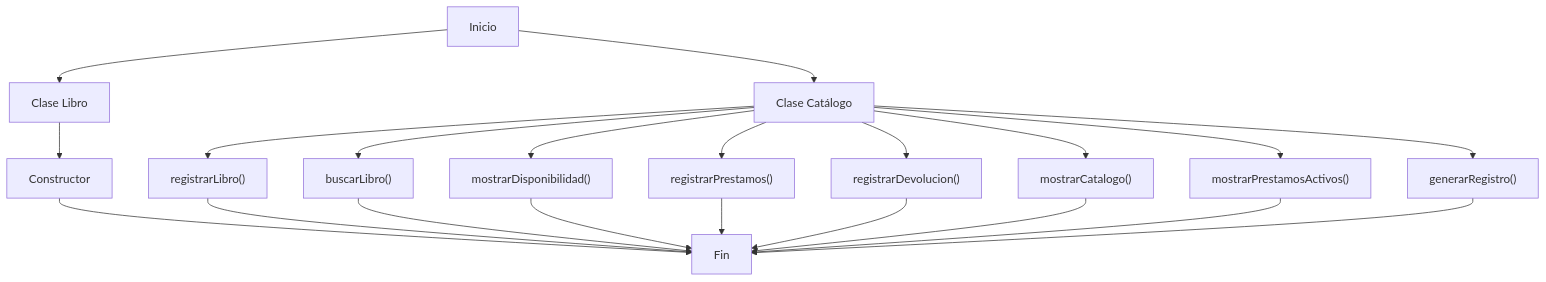
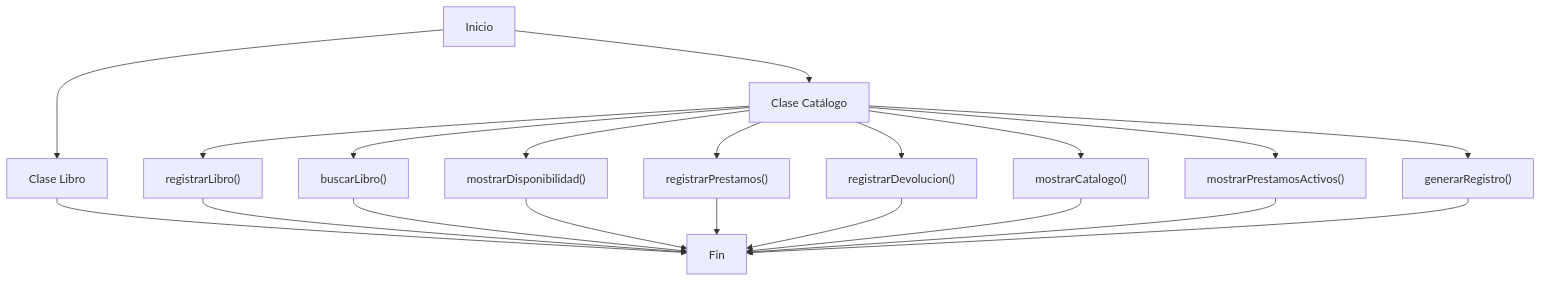
Before and after one commit to Chipitor/trabajo-equipo: the second of 13 diagrams in README.md, drawn with Mermaid.

````diff
--- a/README.md
+++ b/README.md
@@ -259,31 +259,29 @@
 ```mermaid
 flowchart TD
 
     A[Inicio]
 
     A --> B[Clase Libro]
     A --> C[Clase Catálogo]
-
-    B --> B1[Constructor]
 
     C --> C1["registrarLibro()"]
     C --> C2["buscarLibro()"]
     C --> C3["mostrarDisponibilidad()"]
     C --> C4["registrarPrestamos()"]
     C --> C5["registrarDevolucion()"]
     C --> C6["mostrarCatalogo()"]
     C --> C7["mostrarPrestamosActivos()"]
     C --> C8["generarRegistro()"]
 
-	B1 --> D[Fin]
+	B --> D[Fin]
 	C1 --> D
 	C2 --> D
 	C3 --> D
 	C4 --> D
 	C5 --> D
 	C6 --> D
 	C7 --> D
  	C8 --> D
 
 
 ```
````
